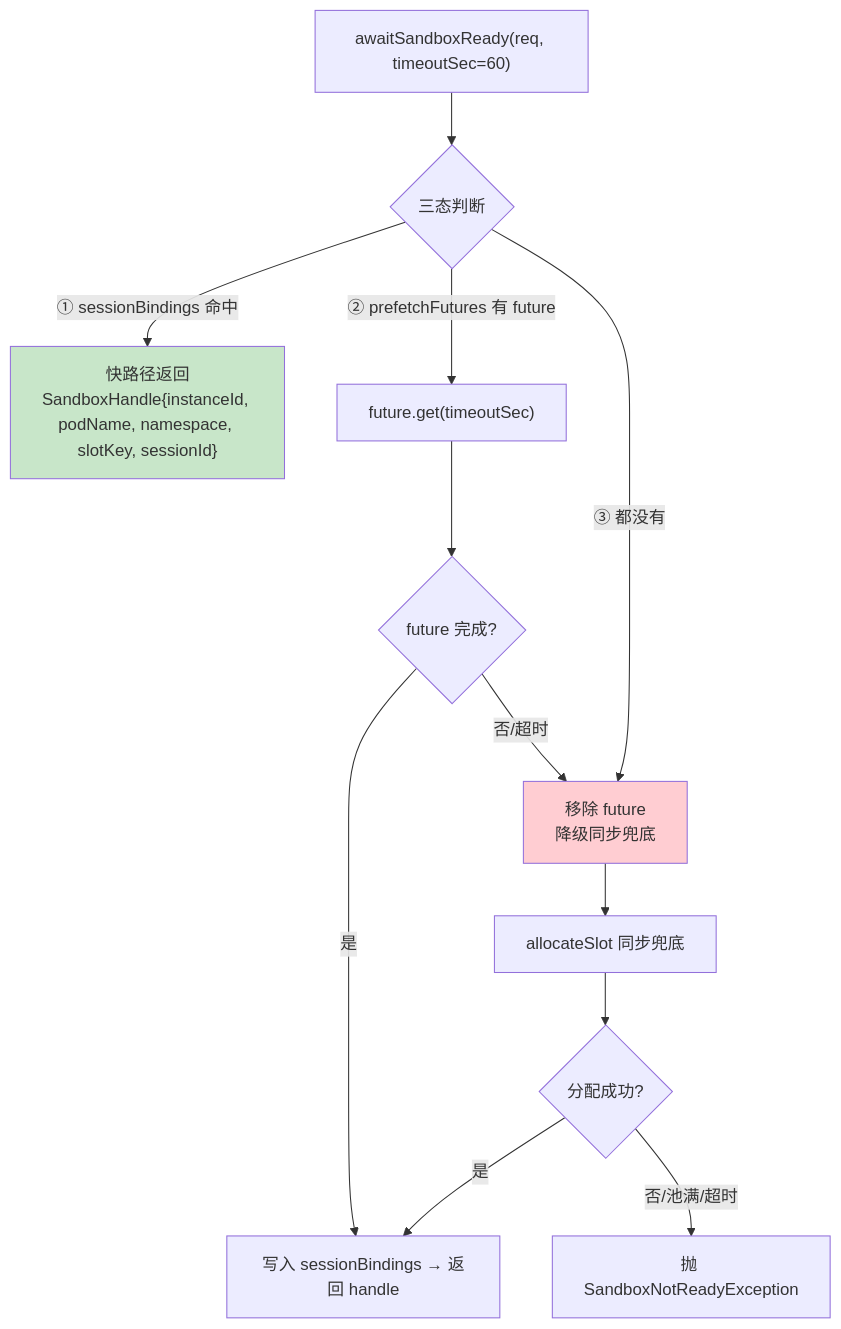
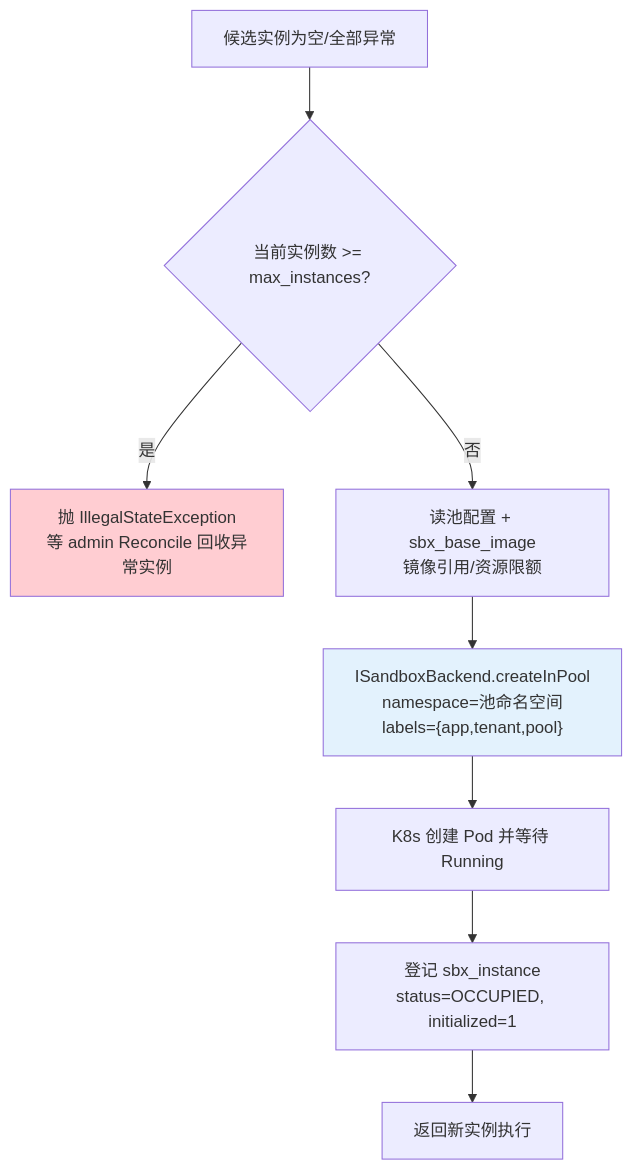
Before and after one commit to HarnessAgentStack/AegisAgent: the third of 5 diagrams in docs/sandbox-allocation-and-recycling.md, drawn with Mermaid. The commit also changed other lines of this file and 5 other files, not shown here.

````diff
--- a/docs/sandbox-allocation-and-recycling.md
+++ b/docs/sandbox-allocation-and-recycling.md
@@ -232,19 +223,13 @@
 ```mermaid
 flowchart TD
-    A["awaitSandboxReady(req, timeoutSec=60)"] --> B{三态判断}
+    A["候选实例为空/全部异常"] --> B{"当前实例数 >= max_instances?"}
+    B -->|是| C["抛 IllegalStateException<br/>等 admin Reconcile 回收异常实例"]
+    B -->|否| D["读池配置 + sbx_base_image<br/>镜像引用/资源限额"]
+    D --> E["ISandboxBackend.createInPool<br/>namespace=池命名空间<br/>labels={app,tenant,pool}"]
+    E --> F["K8s 创建 Pod 并等待 Running"]
+    F --> G["登记 sbx_instance<br/>status=OCCUPIED, initialized=1"]
+    G --> H["返回新实例执行"]
 
-    B -->|① sessionBindings 命中| C["快路径返回<br/>SandboxHandle{instanceId, podName, namespace, slotKey, sessionId}"]
-    B -->|② prefetchFutures 有 future| D["future.get(timeoutSec)"]
-    D --> E{future 完成?}
-    E -->|是| F["写入 sessionBindings → 返回 handle"]
-    E -->|否/超时| G["移除 future<br/>降级同步兜底"]
-    B -->|③ 都没有| G
-
-    G --> H["allocateSlot 同步兜底"]
-    H --> I{分配成功?}
-    I -->|是| F
-    I -->|否/池满/超时| J["抛 SandboxNotReadyException"]
-
-    style C fill:#c8e6c9
-    style G fill:#ffcdd2
+    style C fill:#ffcdd2
+    style E fill:#e3f2fd
 ```
````
